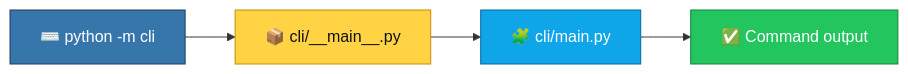
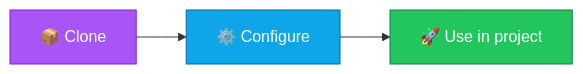
One commit to manansbdb/python-cli-starter changed the diagram in README.md. Above: the diagram before and after it, drawn with Mermaid. The commit also changed other lines of this file and 1 other file, not shown here.

Commit message:
docs: polish README (banner, badges, mermaid, EN+PT)

````diff
--- a/README.md
+++ b/README.md
@@ -28,10 +27,8 @@
 ```mermaid
 flowchart LR
-  A["⌨️ python -m cli"] --> B["📦 cli/__main__.py"]
-  B --> C["🧩 cli/main.py"]
-  C --> D["✅ Command output"]
-  style A fill:#3776AB,stroke:#1e3a5f,color:#fff
-  style B fill:#ffd343,stroke:#ca8a04,color:#111
-  style C fill:#0ea5e9,stroke:#0369a1,color:#fff
-  style D fill:#22c55e,stroke:#15803d,color:#fff
+  A["📦 Clone"] --> B["⚙️ Configure"]
+  B --> C["🚀 Use in project"]
+  style A fill:#a855f7,stroke:#7e22ce,color:#fff
+  style B fill:#0ea5e9,stroke:#0369a1,color:#fff
+  style C fill:#22c55e,stroke:#15803d,color:#fff
 ```
````
